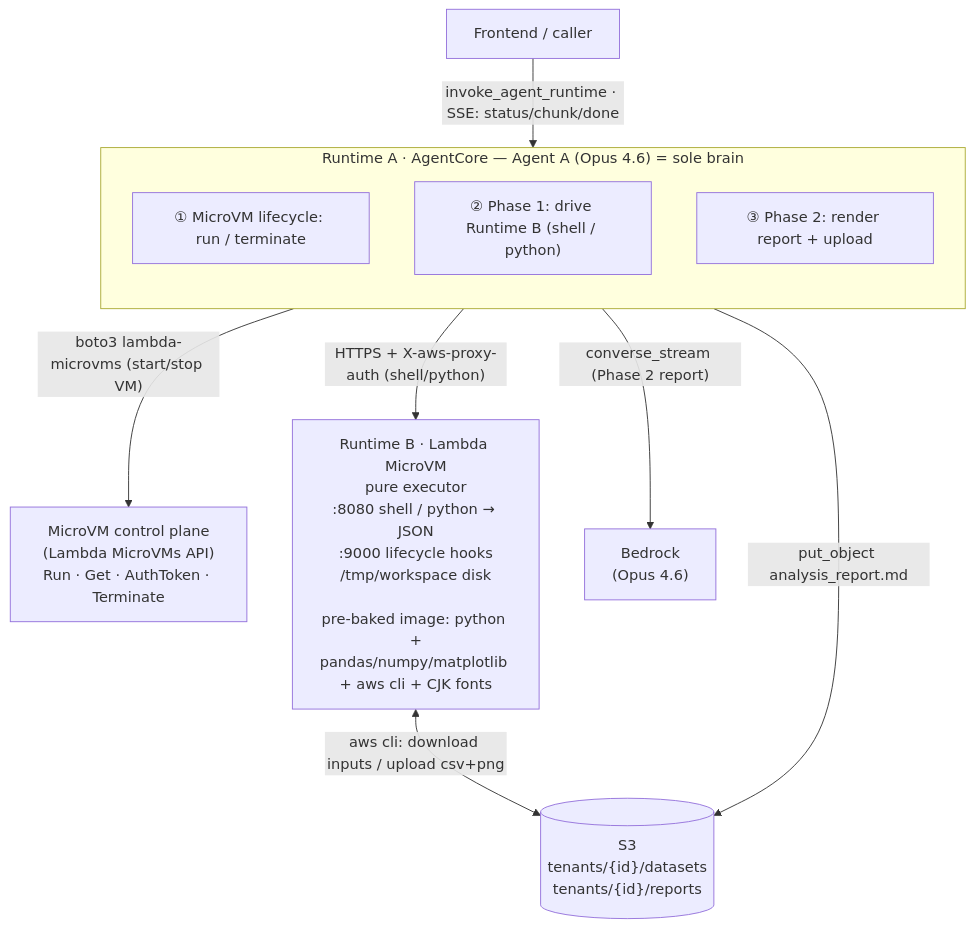
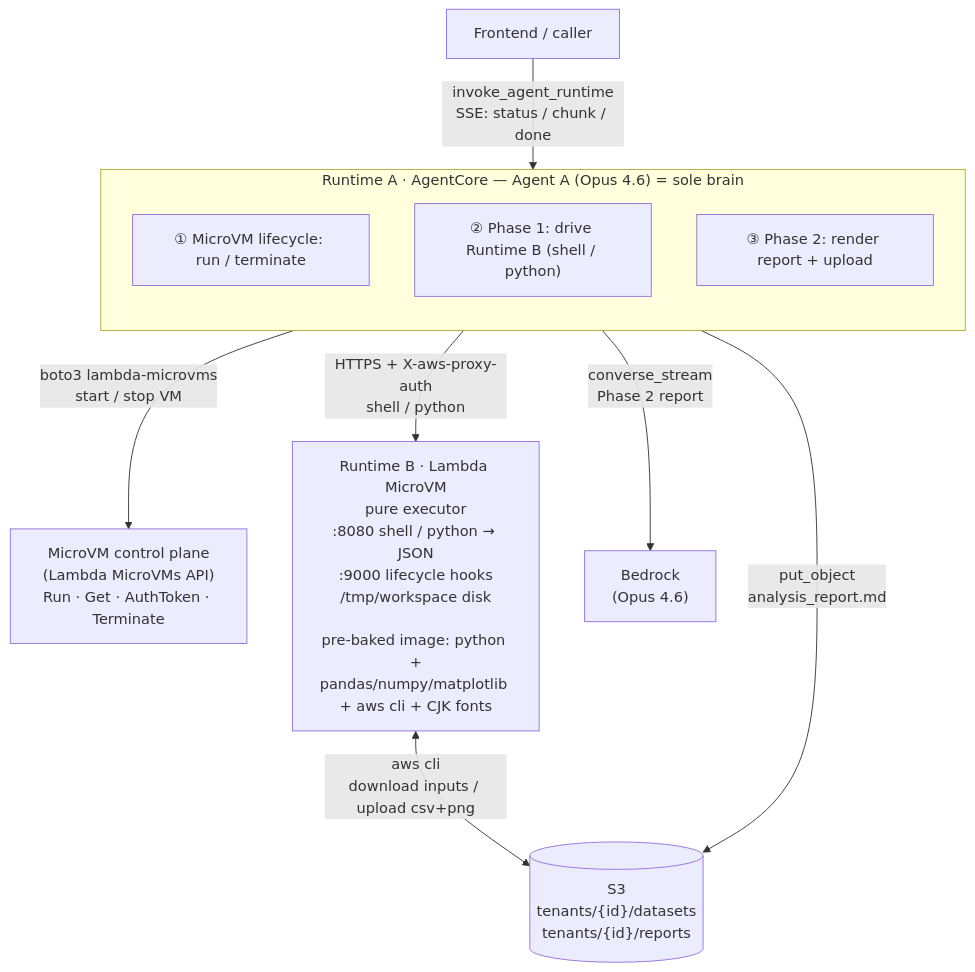
One commit to jansony1/agentcore-runtime-data-persistence-demo changed the diagram in README.md. Above: the diagram before and after it, drawn with Mermaid. The commit also changed other lines of this file and 2 other files, not shown here.

Commit message:
Dedup V5 docs + fix diagram edge labels
- Remove FLOWCHART_V5.md: its sequence diagram and V3-comparison duplicated
  DESIGN_V5. Merge its two unique blocks (SSE event sample, lifecycle state
  diagram) into DESIGN_V5; fix README references.
- Component diagram edge labels were wrapping mid-phrase (e.g. "Phase 2 report"
  looked cut off). Use explicit <br/> so each label renders on clean lines.

````diff
--- a/README.md
+++ b/README.md
@@ -14,23 +14,23 @@
 ```mermaid
 flowchart TB
     FE["Frontend / caller"]
 
     subgraph RA["Runtime A · AgentCore — Agent A (Opus 4.6) = sole brain"]
         direction TB
         L["① MicroVM lifecycle: run / terminate"]
         P1["② Phase 1: drive Runtime B (shell / python)"]
         P2["③ Phase 2: render report + upload"]
     end
 
     CP["MicroVM control plane<br/>(Lambda MicroVMs API)<br/>Run · Get · AuthToken · Terminate"]
     RB["Runtime B · Lambda MicroVM<br/>pure executor<br/>:8080 shell / python → JSON<br/>:9000 lifecycle hooks<br/>/tmp/workspace disk<br/><br/>pre-baked image: python +<br/>pandas/numpy/matplotlib + aws cli + CJK fonts"]
     BR["Bedrock<br/>(Opus 4.6)"]
     S3[("S3<br/>tenants/{id}/datasets<br/>tenants/{id}/reports")]
 
-    FE -->|"invoke_agent_runtime · SSE: status/chunk/done"| RA
-    RA -->|"boto3 lambda-microvms (start/stop VM)"| CP
-    RA -->|"HTTPS + X-aws-proxy-auth (shell/python)"| RB
-    RA -->|"converse_stream (Phase 2 report)"| BR
-    RB <-->|"aws cli: download inputs / upload csv+png"| S3
-    RA -->|"put_object analysis_report.md"| S3
+    FE -->|"invoke_agent_runtime<br/>SSE: status / chunk / done"| RA
+    RA -->|"boto3 lambda-microvms<br/>start / stop VM"| CP
+    RA -->|"HTTPS + X-aws-proxy-auth<br/>shell / python"| RB
+    RA -->|"converse_stream<br/>Phase 2 report"| BR
+    RB <-->|"aws cli<br/>download inputs / upload csv+png"| S3
+    RA -->|"put_object<br/>analysis_report.md"| S3
 ```
````
